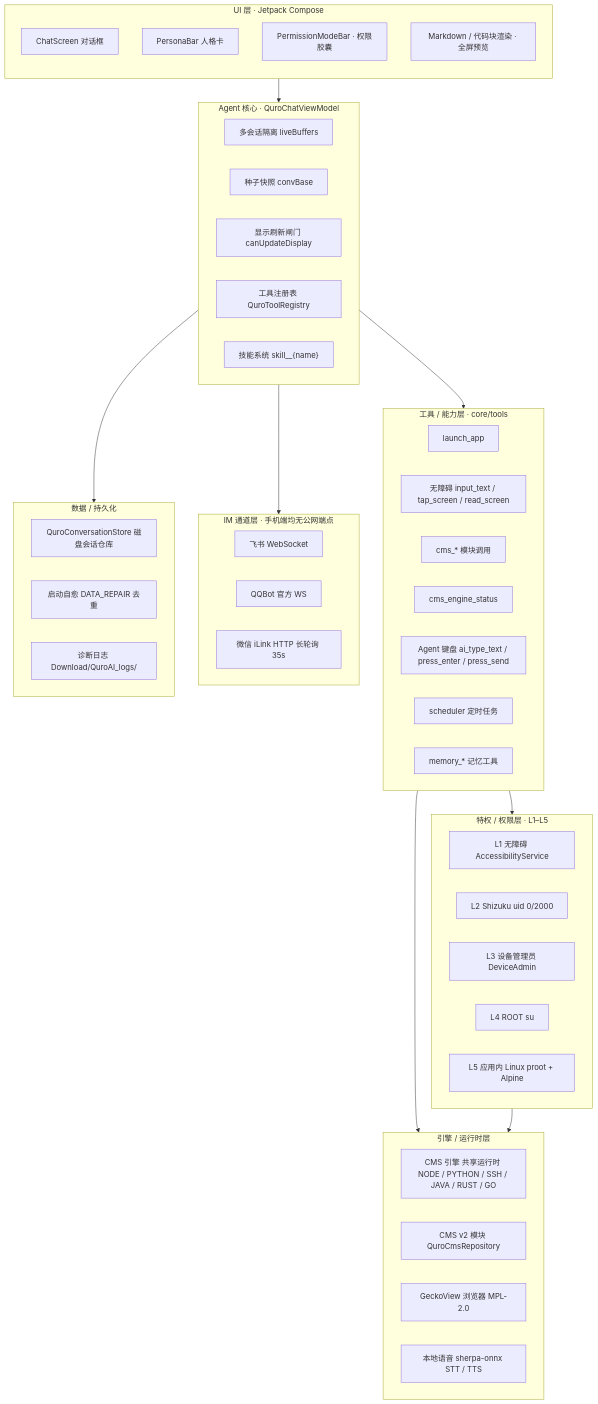
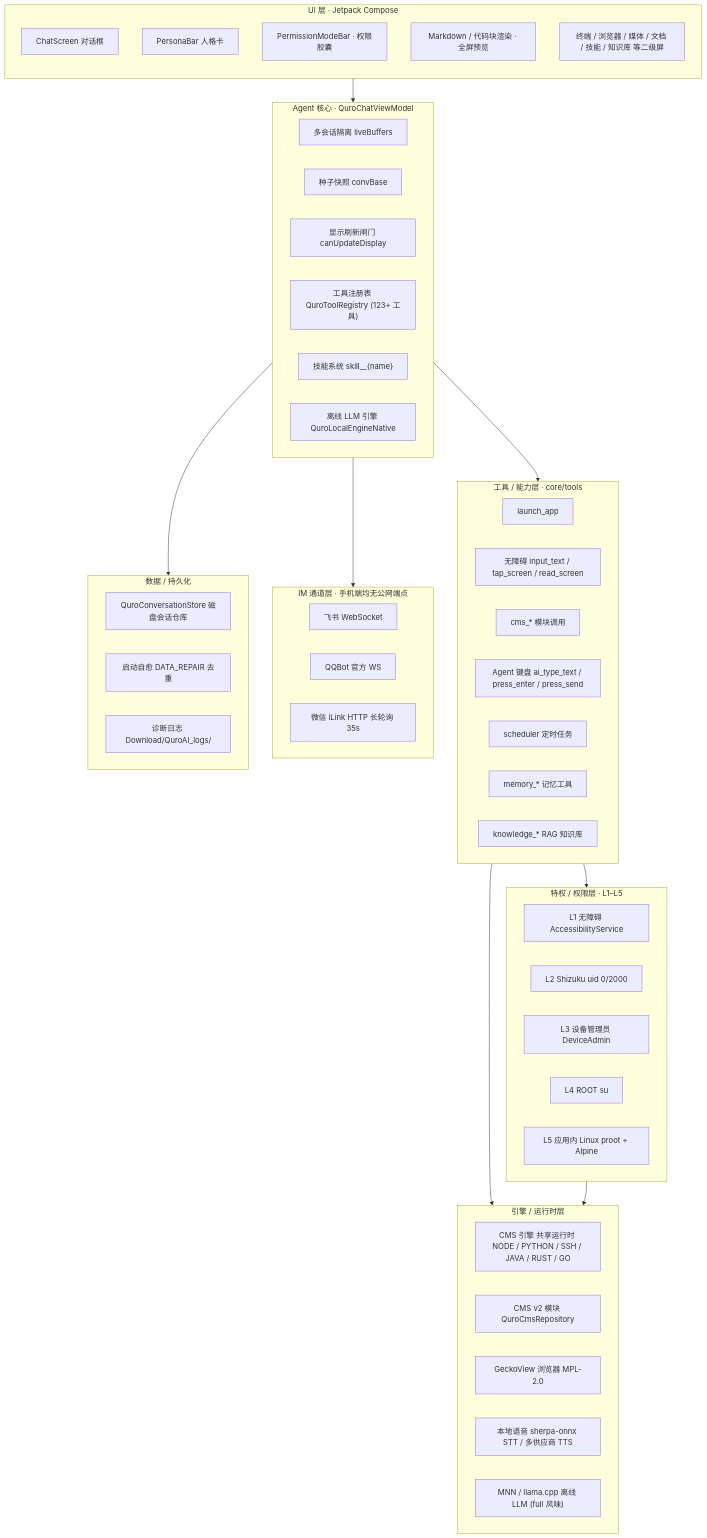
One commit to Quor-a/ZorvAI changed the diagram in README.md. Above: the diagram before and after it, drawn with Mermaid. The commit also changed other lines of this file, not shown here.

````diff
--- a/README.md
+++ b/README.md
@@ -125,57 +265,60 @@
 ```mermaid
 flowchart TB
     subgraph UI["UI 层 · Jetpack Compose"]
         direction TB
         A1["ChatScreen 对话框"]
         A2["PersonaBar 人格卡"]
         A3["PermissionModeBar · 权限胶囊"]
         A4["Markdown / 代码块渲染 · 全屏预览"]
+        A5["终端 / 浏览器 / 媒体 / 文档 / 技能 / 知识库 等二级屏"]
     end
     subgraph CORE["Agent 核心 · QuroChatViewModel"]
         B1["多会话隔离 liveBuffers"]
         B2["种子快照 convBase"]
         B3["显示刷新闸门 canUpdateDisplay"]
-        B4["工具注册表 QuroToolRegistry"]
+        B4["工具注册表 QuroToolRegistry (123+ 工具)"]
         B5["技能系统 skill__{name}"]
+        B6["离线 LLM 引擎 QuroLocalEngineNative"]
     end
     subgraph TOOLS["工具 / 能力层 · core/tools"]
         C1["launch_app"]
         C2["无障碍 input_text / tap_screen / read_screen"]
         C3["cms_* 模块调用"]
-        C4["cms_engine_status"]
-        C5["Agent 键盘 ai_type_text / press_enter / press_send"]
-        C6["scheduler 定时任务"]
-        C7["memory_* 记忆工具"]
+        C4["Agent 键盘 ai_type_text / press_enter / press_send"]
+        C5["scheduler 定时任务"]
+        C6["memory_* 记忆工具"]
+        C7["knowledge_* RAG 知识库"]
     end
     subgraph PRIV["特权 / 权限层 · L1–L5"]
         D1["L1 无障碍 AccessibilityService"]
         D2["L2 Shizuku uid 0/2000"]
         D3["L3 设备管理员 DeviceAdmin"]
         D4["L4 ROOT su"]
         D5["L5 应用内 Linux proot + Alpine"]
     end
     subgraph ENGINE["引擎 / 运行时层"]
         E1["CMS 引擎 共享运行时 NODE / PYTHON / SSH / JAVA / RUST / GO"]
         E2["CMS v2 模块 QuroCmsRepository"]
         E3["GeckoView 浏览器 MPL-2.0"]
-        E4["本地语音 sherpa-onnx STT / TTS"]
+        E4["本地语音 sherpa-onnx STT / 多供应商 TTS"]
+        E5["MNN / llama.cpp 离线 LLM (full 风味)"]
     end
     subgraph IM["IM 通道层 · 手机端均无公网端点"]
         F1["飞书 WebSocket"]
         F2["QQBot 官方 WS"]
         F3["微信 iLink HTTP 长轮询 35s"]
     end
     subgraph DATA["数据 / 持久化"]
         G1["QuroConversationStore 磁盘会话仓库"]
         G2["启动自愈 DATA_REPAIR 去重"]
         G3["诊断日志 Download/QuroAI_logs/"]
     end
 
     UI --> CORE
     CORE --> TOOLS
     TOOLS --> PRIV
     TOOLS --> ENGINE
     PRIV --> ENGINE
     CORE --> IM
     CORE --> DATA
 ```
````
